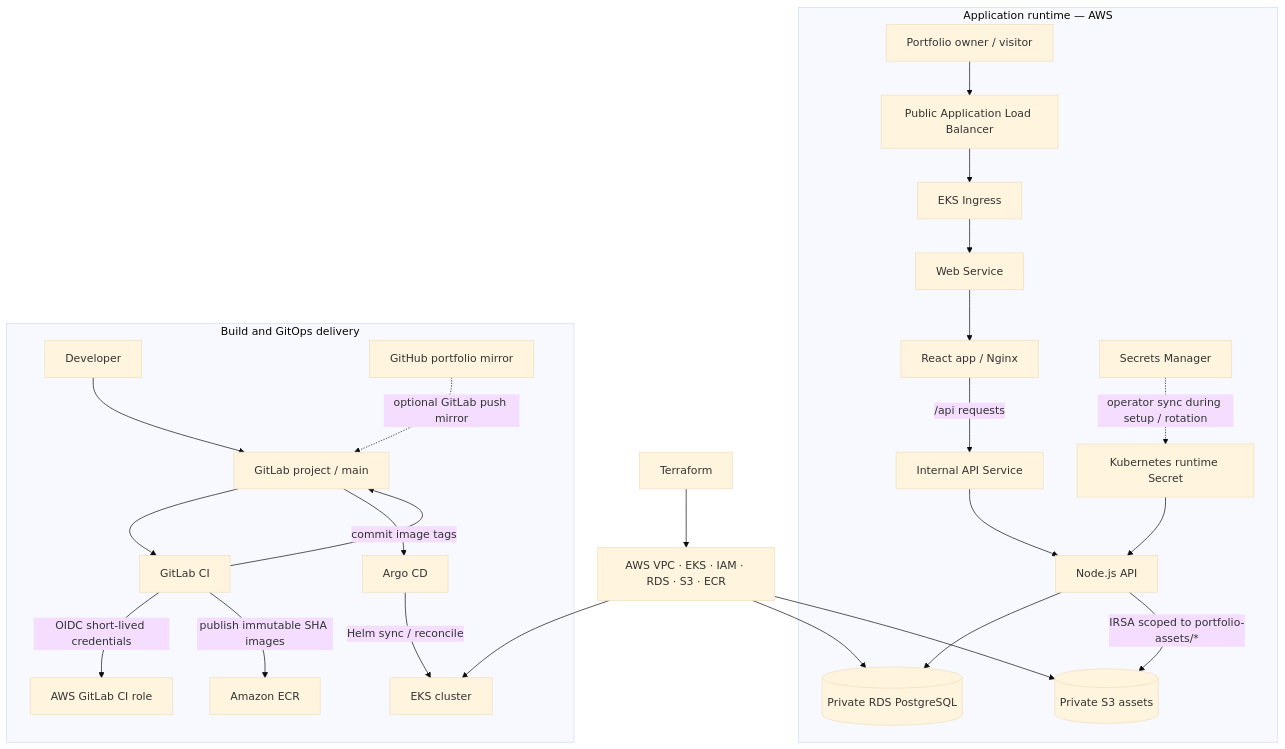
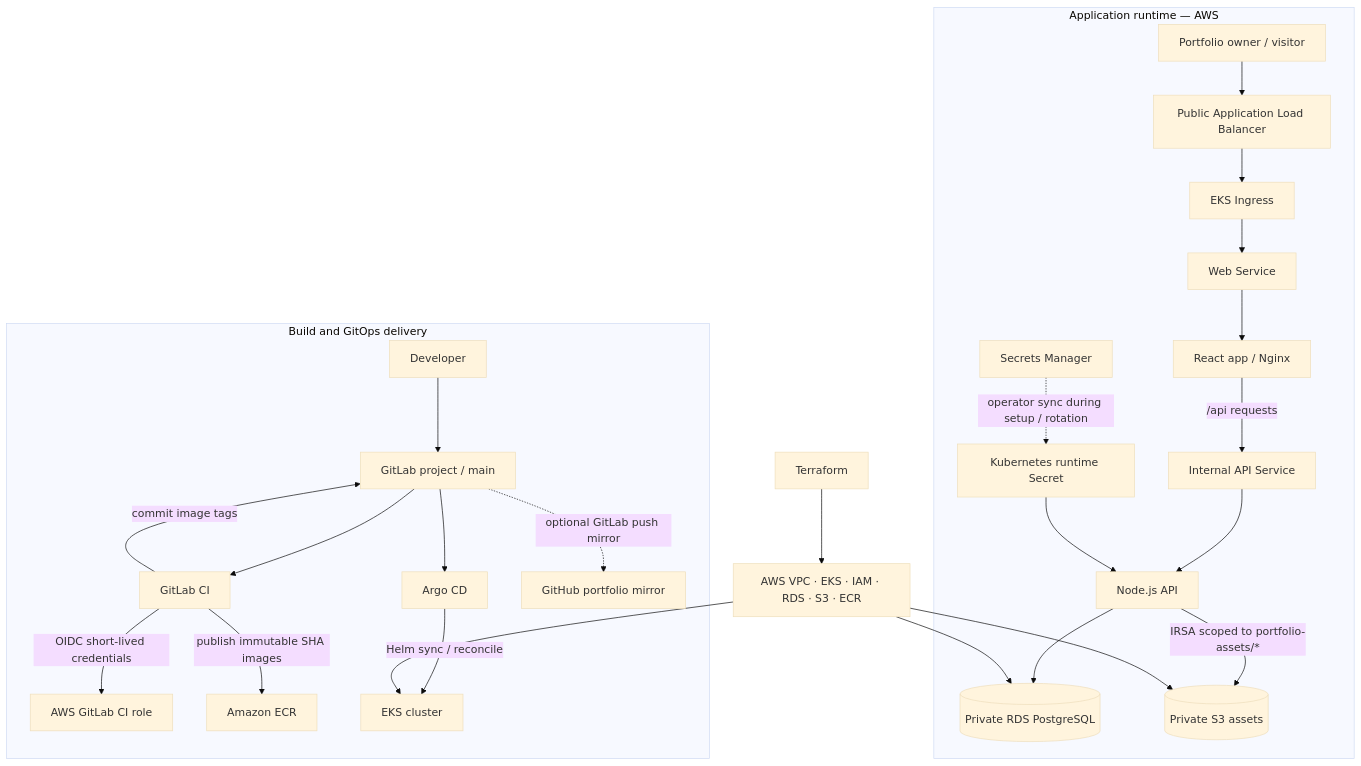
Before and after one commit to S-charan120/showcaseme-aws-eks-devops: the diagram in README.md, drawn with Mermaid (base theme).

Commit message:
docs: correct GitLab push mirror direction in README.md

````diff
--- a/README.md
+++ b/README.md
@@ -25,31 +25,31 @@
 ```mermaid
 flowchart TB
   subgraph Runtime["Application runtime — AWS"]
     User[Portfolio owner / visitor] --> ALB[Public Application Load Balancer]
     ALB --> Ingress[EKS Ingress]
     Ingress --> WebSvc[Web Service]
     WebSvc --> Web[React app / Nginx]
     Web -->|/api requests| ApiSvc[Internal API Service]
     ApiSvc --> API[Node.js API]
     API --> RDS[(Private RDS PostgreSQL)]
     API -->|IRSA scoped to portfolio-assets/*| S3[(Private S3 assets)]
     Secrets[Secrets Manager] -.->|operator sync during setup / rotation| K8sSecret[Kubernetes runtime Secret]
     K8sSecret --> API
   end
 
   subgraph Delivery["Build and GitOps delivery"]
     Dev[Developer] --> GL[GitLab project / main]
     GL --> CI[GitLab CI]
     CI -->|OIDC short-lived credentials| IAM[AWS GitLab CI role]
     CI -->|publish immutable SHA images| ECR[Amazon ECR]
     CI -->|commit image tags| GL
     GL --> Argo[Argo CD]
     Argo -->|Helm sync / reconcile| EKS[EKS cluster]
-    GitHub[GitHub portfolio mirror] -.->|optional GitLab push mirror| GL
+    GL -.->|optional GitLab push mirror| GitHub[GitHub portfolio mirror]
   end
 
   TF[Terraform] --> AWS[AWS VPC · EKS · IAM · RDS · S3 · ECR]
   AWS --> EKS
   AWS --> RDS
   AWS --> S3
 ```
````
